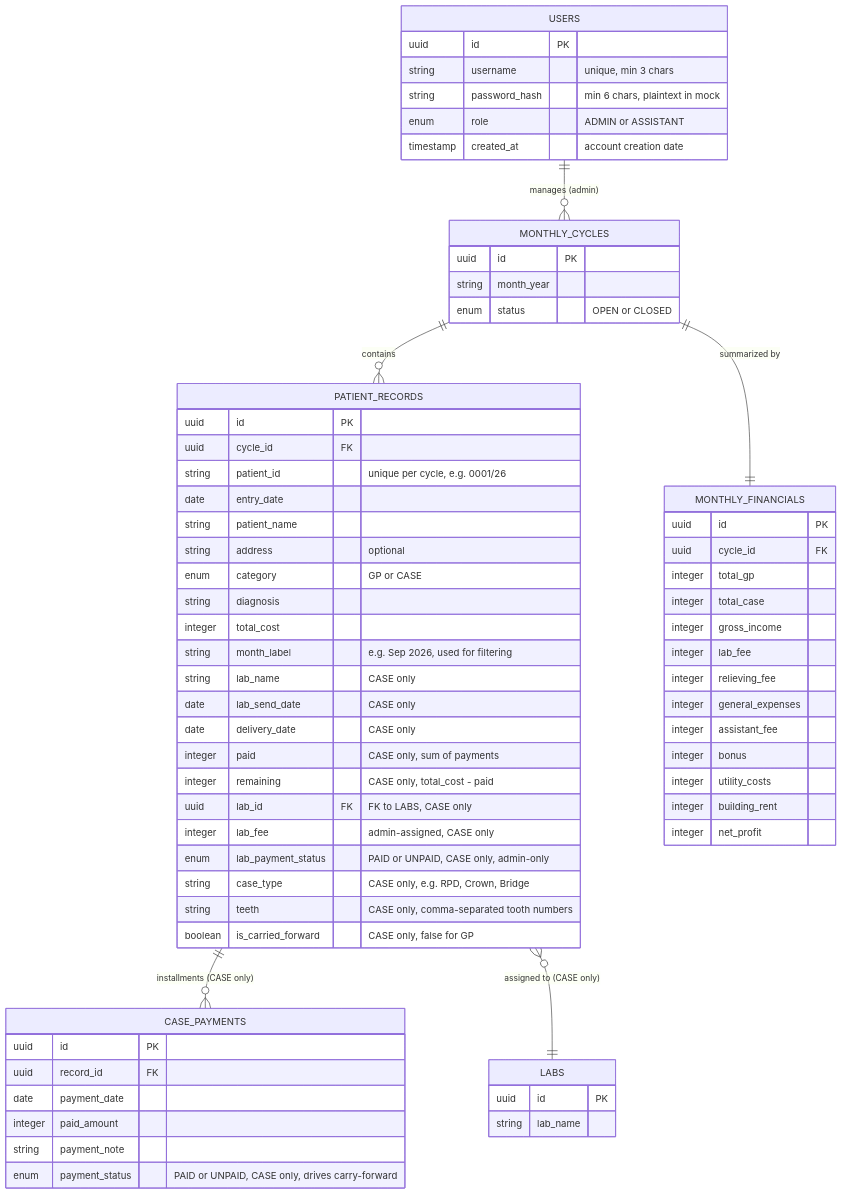
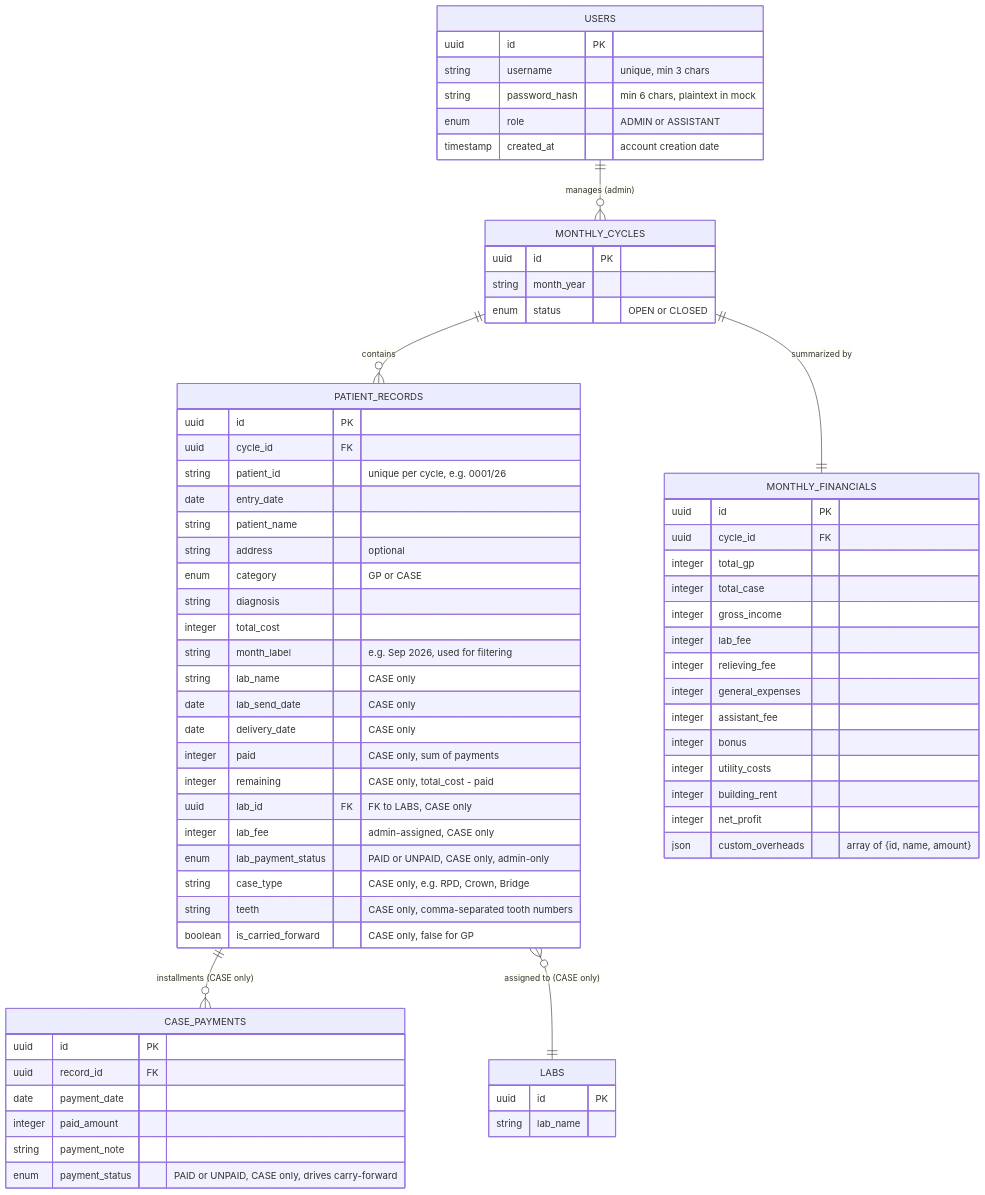
One commit to kaungmyatshwe1397/df-dashboard changed the diagram in docs/dc-fms-erd.mmd. Above: the diagram before and after it, drawn with Mermaid. The commit also changed 10 other files, not shown here.

```diff
--- a/docs/dc-fms-erd.mmd
+++ b/docs/dc-fms-erd.mmd
@@ -1,82 +1,83 @@
 erDiagram
     USERS ||--o{ MONTHLY_CYCLES : "manages (admin)"
     MONTHLY_CYCLES ||--o{ PATIENT_RECORDS : "contains"
     PATIENT_RECORDS ||--o{ CASE_PAYMENTS : "installments (CASE only)"
     PATIENT_RECORDS }o--|| LABS : "assigned to (CASE only)"
     MONTHLY_CYCLES ||--|| MONTHLY_FINANCIALS : "summarized by"
 
     USERS {
         uuid id PK
         string username "unique, min 3 chars"
         string password_hash "min 6 chars, plaintext in mock"
         enum role "ADMIN or ASSISTANT"
         timestamp created_at "account creation date"
     }
 
     MONTHLY_CYCLES {
         uuid id PK
         string month_year
         enum status "OPEN or CLOSED"
     }
 
     LABS {
         uuid id PK
         string lab_name
     }
 
     PATIENT_RECORDS {
         uuid id PK
         uuid cycle_id FK
         string patient_id "unique per cycle, e.g. 0001/26"
         date entry_date
         string patient_name
         string address "optional"
         enum category "GP or CASE"
         string diagnosis
         integer total_cost
         string month_label "e.g. Sep 2026, used for filtering"
         string lab_name "CASE only"
         date lab_send_date "CASE only"
         date delivery_date "CASE only"
         integer paid "CASE only, sum of payments"
         integer remaining "CASE only, total_cost - paid"
         uuid lab_id FK "FK to LABS, CASE only"
         integer lab_fee "admin-assigned, CASE only"
         enum lab_payment_status "PAID or UNPAID, CASE only, admin-only"
         string case_type "CASE only, e.g. RPD, Crown, Bridge"
         string teeth "CASE only, comma-separated tooth numbers"
         boolean is_carried_forward "CASE only, false for GP"
     }
 
     CASE_PAYMENTS {
         uuid id PK
         uuid record_id FK
         date payment_date
         integer paid_amount
         string payment_note
         enum payment_status "PAID or UNPAID, CASE only, drives carry-forward"
     }
 
     MONTHLY_FINANCIALS {
         uuid id PK
         uuid cycle_id FK
         integer total_gp
         integer total_case
         integer gross_income
         integer lab_fee
         integer relieving_fee
         integer general_expenses
         integer assistant_fee
         integer bonus
         integer utility_costs
         integer building_rent
         integer net_profit
+        json custom_overheads "array of {id, name, amount}"
     }
 
     %% UI Display Note:
     %% Record table is split into two tabbed views:
     %%   Tab 1: GP Records (entry_date, patient_name, diagnosis, total_cost)
     %%   Tab 2: Case Records (entry_date, patient_name, diagnosis, lab, total_cost, balance, status, carried-forward)
     %% GP has no installments, no balance, no status column.
     %% Case tracks installments via CASE_PAYMENTS, shows balance and status.
     %% Lab Reconciliation groups case records by lab with a filter selector.
```
